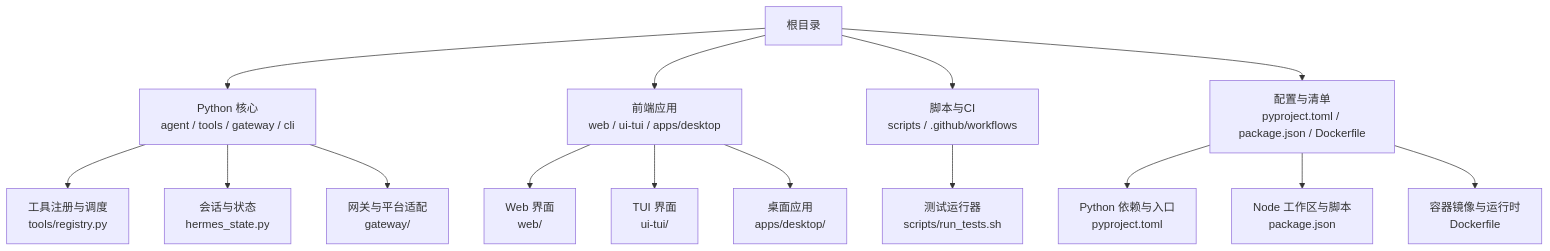
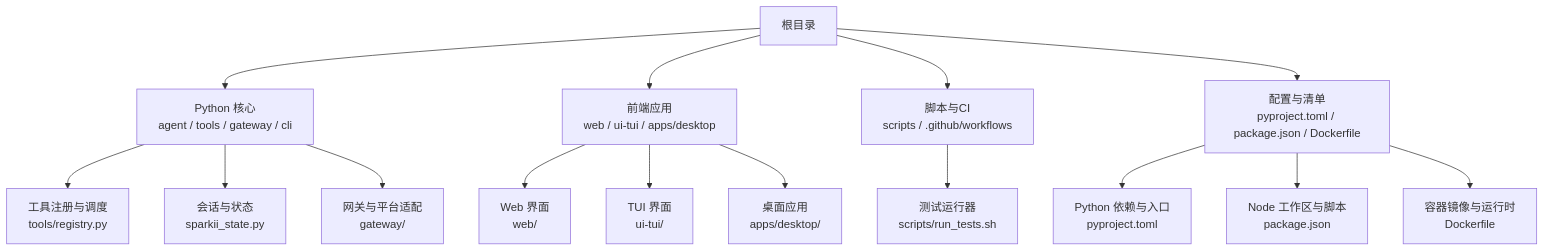
The first of 4 diagrams in .qoder/repowiki/zh/content/开发者指南/工具开发指南/工具开发工作流/工具开发工作流.md (YueDJ/SpaikiiDesktop), drawn with Mermaid before and after one commit. The commit also changed 299 other files, not shown here.

````diff
--- a/.qoder/repowiki/zh/content/开发者指南/工具开发指南/工具开发工作流/工具开发工作流.md
+++ b/.qoder/repowiki/zh/content/开发者指南/工具开发指南/工具开发工作流/工具开发工作流.md
@@ -38,17 +38,17 @@
 ```mermaid
 graph TB
 A["根目录"] --> B["Python 核心<br/>agent / tools / gateway / cli"]
 A --> C["前端应用<br/>web / ui-tui / apps/desktop"]
 A --> D["脚本与CI<br/>scripts / .github/workflows"]
 A --> E["配置与清单<br/>pyproject.toml / package.json / Dockerfile"]
 B --> B1["工具注册与调度<br/>tools/registry.py"]
-B --> B2["会话与状态<br/>hermes_state.py"]
+B --> B2["会话与状态<br/>sparkii_state.py"]
 B --> B3["网关与平台适配<br/>gateway/"]
 C --> C1["Web 界面<br/>web/"]
 C --> C2["TUI 界面<br/>ui-tui/"]
 C --> C3["桌面应用<br/>apps/desktop/"]
 D --> D1["测试运行器<br/>scripts/run_tests.sh"]
 E --> E1["Python 依赖与入口<br/>pyproject.toml"]
 E --> E2["Node 工作区与脚本<br/>package.json"]
 E --> E3["容器镜像与运行时<br/>Dockerfile"]
 ```
````
